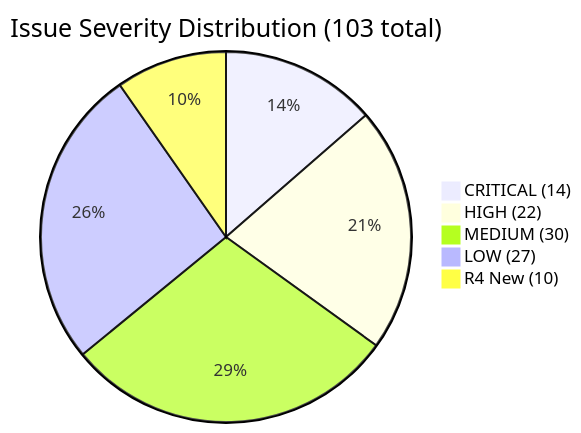
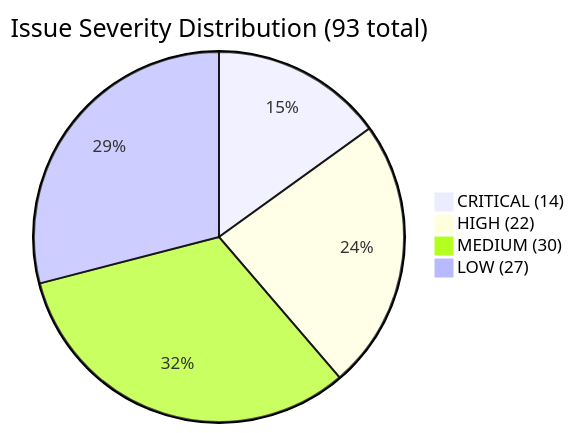
The diagram in docs/07-analysis/V9/05-issues/issue-registry.md (laitim2001/ai-semantic-kernel-framework-project), drawn with Mermaid before and after one commit. The commit also changed other lines of this file and 20 other files, not shown here.

````diff
--- a/docs/07-analysis/V9/05-issues/issue-registry.md
+++ b/docs/07-analysis/V9/05-issues/issue-registry.md
@@ -20,8 +20,7 @@
 ```mermaid
-pie title Issue Severity Distribution (103 total)
+pie title Issue Severity Distribution (93 total)
     "CRITICAL (14)" : 14
     "HIGH (22)" : 22
     "MEDIUM (30)" : 30
     "LOW (27)" : 27
-    "R4 New (10)" : 10
 ```
````
